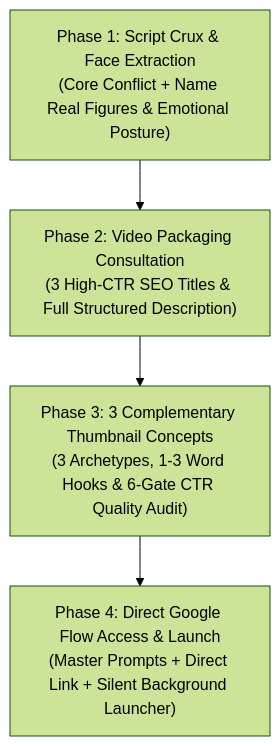
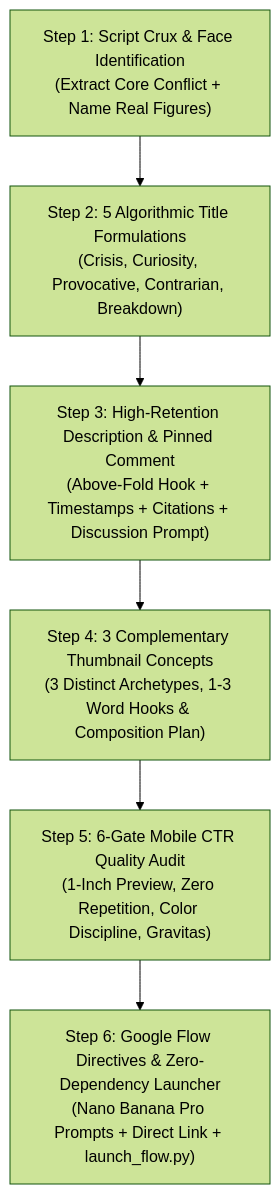
The diagram in README.md (ursishant/thumbgen), drawn with Mermaid (forest theme) before and after one commit. The commit also changed other lines of this file and 16 other files, not shown here.

First line of the commit message:
feat: transform engine into zero-dependency YouTube All-Rounder

````diff
--- a/README.md
+++ b/README.md
@@ -44,6 +57,8 @@
 ```mermaid
 flowchart TD
-    A["Phase 1: Script Crux & Face Extraction<br/>(Core Conflict + Name Real Figures & Emotional Posture)"] --> B["Phase 2: Video Packaging Consultation<br/>(3 High-CTR SEO Titles & Full Structured Description)"]
-    B --> C["Phase 3: 3 Complementary Thumbnail Concepts<br/>(3 Archetypes, 1-3 Word Hooks & 6-Gate CTR Quality Audit)"]
-    C --> D["Phase 4: Direct Google Flow Access & Launch<br/>(Master Prompts + Direct Link + Silent Background Launcher)"]
+    A["Step 1: Script Crux & Face Identification<br/>(Extract Core Conflict + Name Real Figures)"] --> B["Step 2: 5 Algorithmic Title Formulations<br/>(Crisis, Curiosity, Provocative, Contrarian, Breakdown)"]
+    B --> C["Step 3: High-Retention Description & Pinned Comment<br/>(Above-Fold Hook + Timestamps + Citations + Discussion Prompt)"]
+    C --> D["Step 4: 3 Complementary Thumbnail Concepts<br/>(3 Distinct Archetypes, 1-3 Word Hooks & Composition Plan)"]
+    D --> E["Step 5: 6-Gate Mobile CTR Quality Audit<br/>(1-Inch Preview, Zero Repetition, Color Discipline, Gravitas)"]
+    E --> F["Step 6: Google Flow Directives & Zero-Dependency Launcher<br/>(Nano Banana Pro Prompts + Direct Link + launch_flow.py)"]
 ```
````
